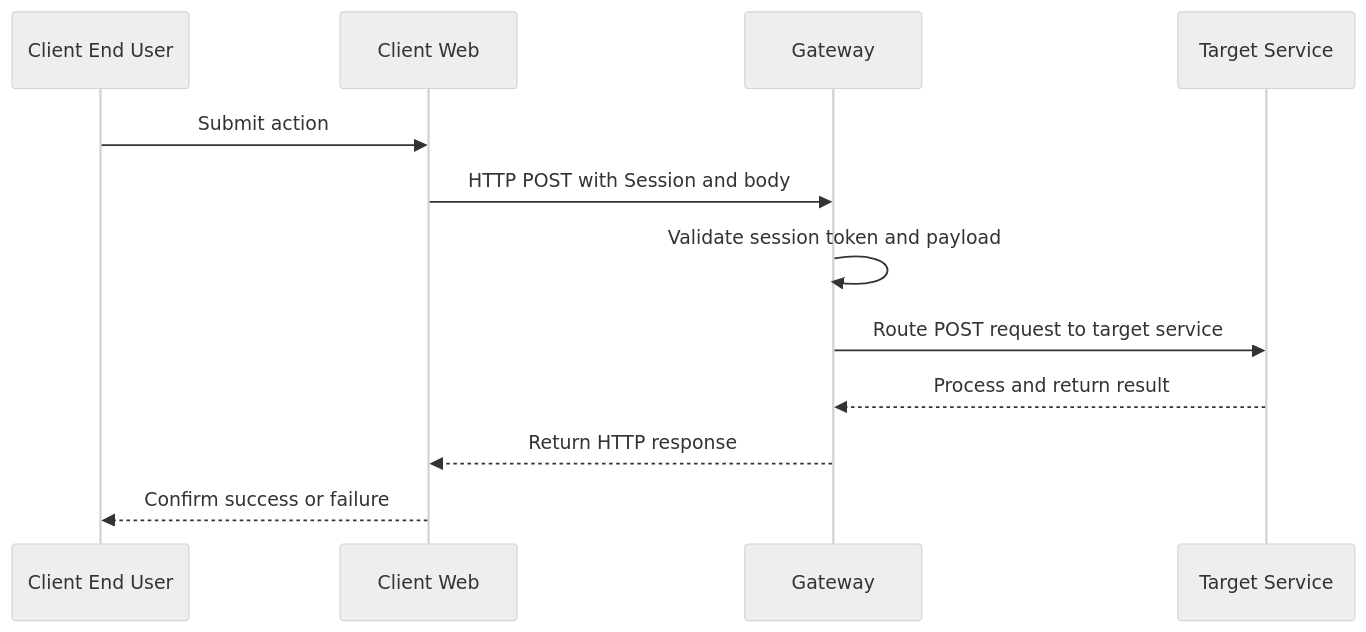
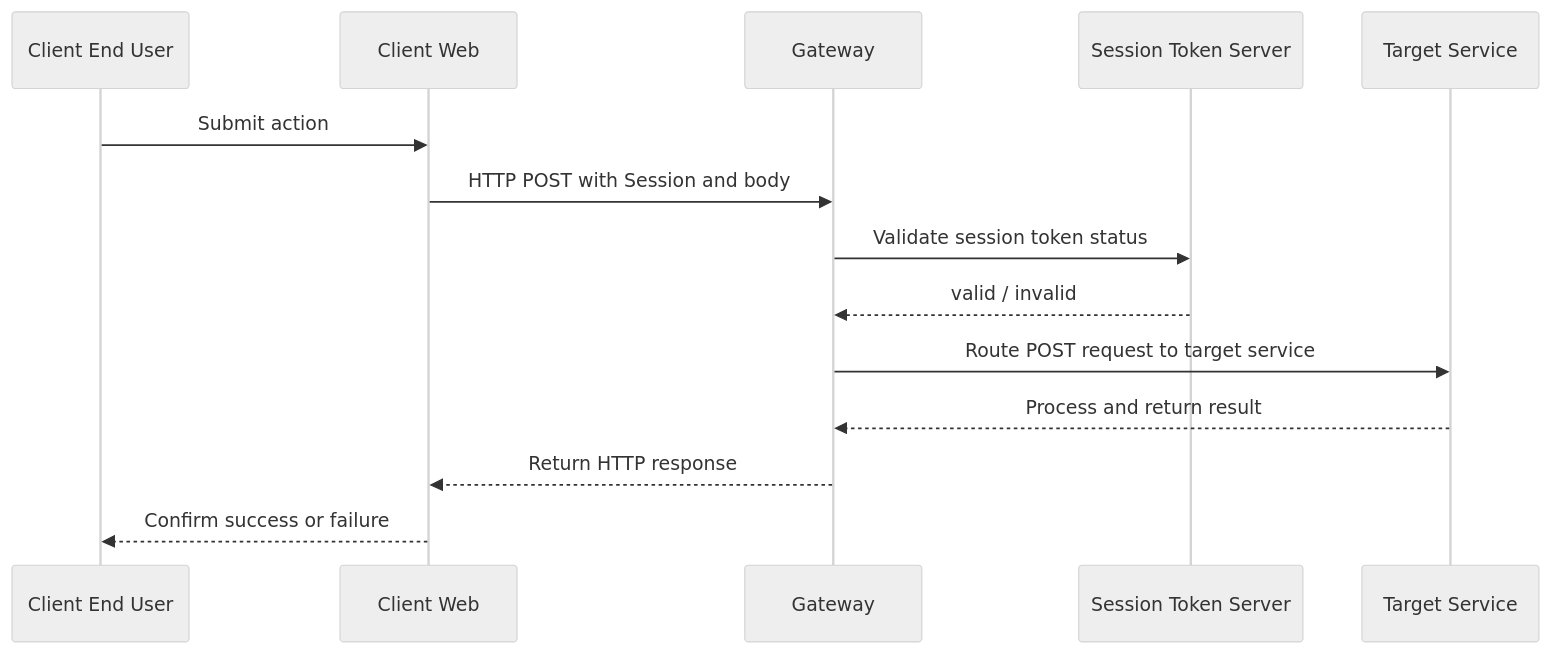
One commit to kwan829pang/FunnyX changed the fourth of 15 diagrams in doc/flow_chart.md. Above: the diagram before and after it, drawn with Mermaid (neutral theme). The commit also changed other lines of this file and 24 other files, not shown here.

Commit message:
Update webhook admin UI and some session token logic for improve routing time

````diff
--- a/doc/flow_chart.md
+++ b/doc/flow_chart.md
@@ -60,15 +82,17 @@
 ```mermaid
 sequenceDiagram
     participant CU as Client End User
     participant CW as Client Web
     participant GW as Gateway
+    participant ST as Session Token Server
     participant S as Target Service
 
     CU->>CW: Submit action
     CW->>GW: HTTP POST with Session and body
-    GW->>GW: Validate session token and payload
+    GW->>ST: Validate session token status
+    ST-->>GW: valid / invalid
     GW->>S: Route POST request to target service
     S-->>GW: Process and return result
     GW-->>CW: Return HTTP response
     CW-->>CU: Confirm success or failure
 ```
````
